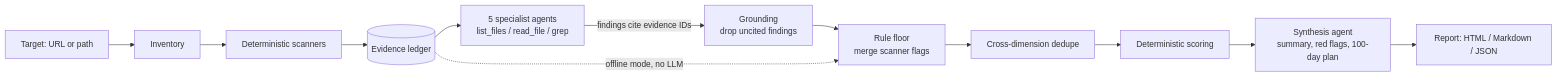
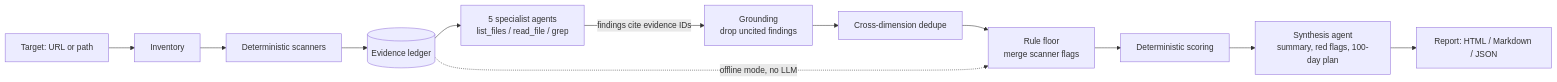
The diagram in README.md (tSLoseth/tech-dd-agent), drawn with Mermaid before and after one commit. The commit also changed other lines of this file and 4 other files, not shown here.

Commit message:
fix: apply rule floor after dedupe so flagged facts can't be removed

````diff
--- a/README.md
+++ b/README.md
@@ -13,14 +13,14 @@
 ```mermaid
 flowchart LR
     T[Target: URL or path] --> I[Inventory]
     I --> S[Deterministic scanners]
     S --> L[(Evidence ledger)]
     L --> A[5 specialist agents<br/>list_files / read_file / grep]
     A -->|findings cite evidence IDs| G[Grounding<br/>drop uncited findings]
-    G --> F[Rule floor<br/>merge scanner flags]
-    F --> D[Cross-dimension dedupe]
-    D --> SC[Deterministic scoring]
+    G --> D[Cross-dimension dedupe]
+    D --> F[Rule floor<br/>merge scanner flags]
+    F --> SC[Deterministic scoring]
     SC --> SY[Synthesis agent<br/>summary, red flags, 100-day plan]
     SY --> R[Report: HTML / Markdown / JSON]
     L -.->|offline mode, no LLM| F
 ```
````
